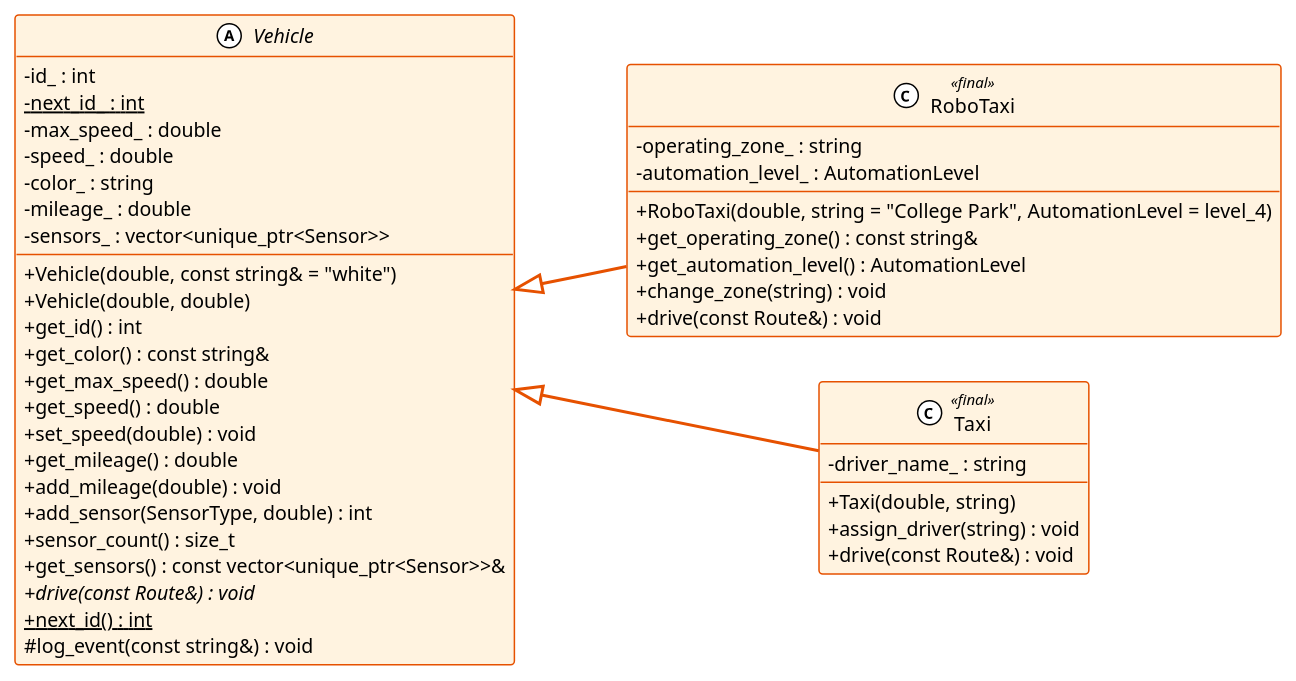
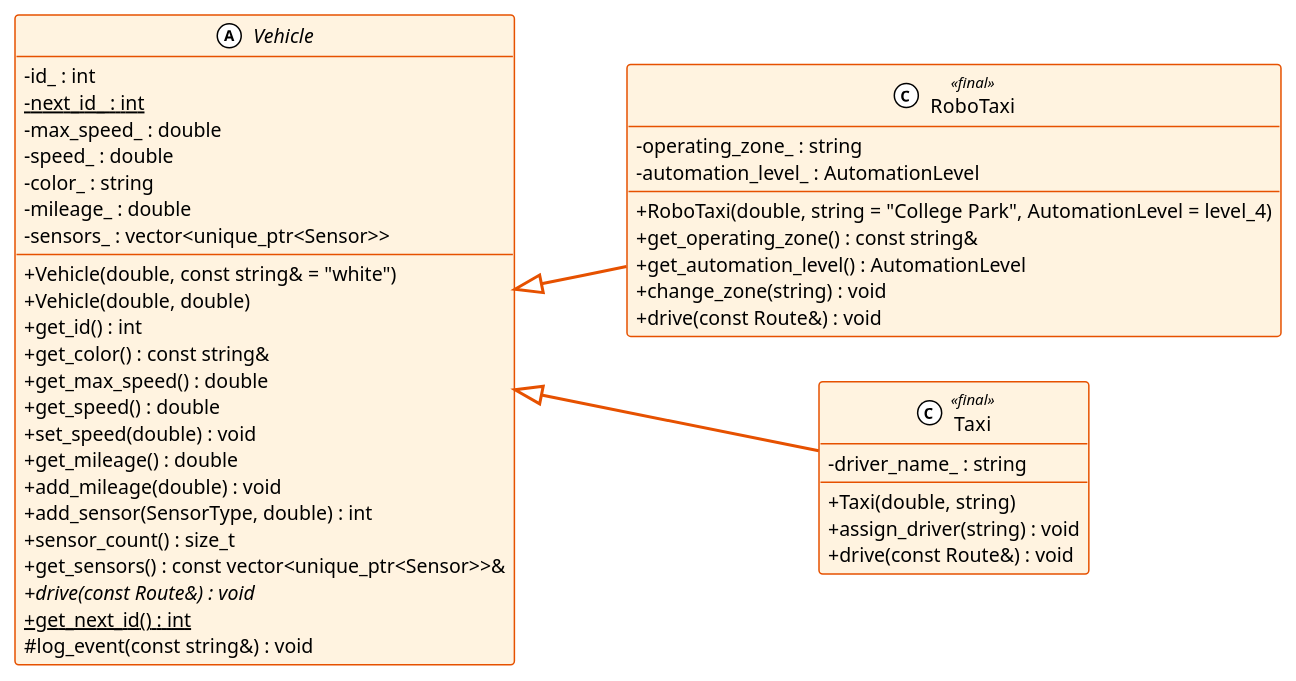
Before and after one commit to zeidk/enpm702-fall-2026-cpp: the diagram in project/week9/uml/model_l9_inheritance_members.plantuml, drawn with PlantUML. The commit also changed 37 other files, not shown here.

```diff
--- a/project/week9/uml/model_l9_inheritance_members.plantuml
+++ b/project/week9/uml/model_l9_inheritance_members.plantuml
@@ -1,60 +1,60 @@
 @startuml model_l9_inheritance_members
 ' Generated for the slides.
 !theme mono
 skinparam backgroundColor white
 skinparam defaultFontName "Fira Sans"
 skinparam defaultFontSize 13
 skinparam shadowing false
 skinparam classAttributeIconSize 0
 skinparam nodesep 30
 skinparam ranksep 75
 skinparam ArrowThickness 1.5
 
 hide empty members
 
 
 left to right direction
 
 abstract class Vehicle #back:FFF3E0;line:E65100;text:000000 {
   - id_ : int
   - {static} next_id_ : int
   - max_speed_ : double
   - speed_ : double
   - color_ : string
   - mileage_ : double
   - sensors_ : vector<unique_ptr<Sensor>>
   + Vehicle(double, const string& = "white")
   + Vehicle(double, double)
   + get_id() : int
   + get_color() : const string&
   + get_max_speed() : double
   + get_speed() : double
   + set_speed(double) : void
   + get_mileage() : double
   + add_mileage(double) : void
   + add_sensor(SensorType, double) : int
   + sensor_count() : size_t
   + get_sensors() : const vector<unique_ptr<Sensor>>&
   + {abstract} drive(const Route&) : void
-  + {static} next_id() : int
+  + {static} get_next_id() : int
   # log_event(const string&) : void
 }
 class RoboTaxi <<final>> #back:FFF3E0;line:E65100;text:000000 {
   - operating_zone_ : string
   - automation_level_ : AutomationLevel
   + RoboTaxi(double, string = "College Park", AutomationLevel = level_4)
   + get_operating_zone() : const string&
   + get_automation_level() : AutomationLevel
   + change_zone(string) : void
   + drive(const Route&) : void
 }
 class Taxi <<final>> #back:FFF3E0;line:E65100;text:000000 {
   - driver_name_ : string
   + Taxi(double, string)
   + assign_driver(string) : void
   + drive(const Route&) : void
 }
 
 Vehicle <|-[#E65100,thickness=2]- RoboTaxi
 Vehicle <|-[#E65100,thickness=2]- Taxi
 @enduml
```
